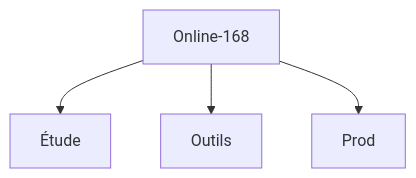
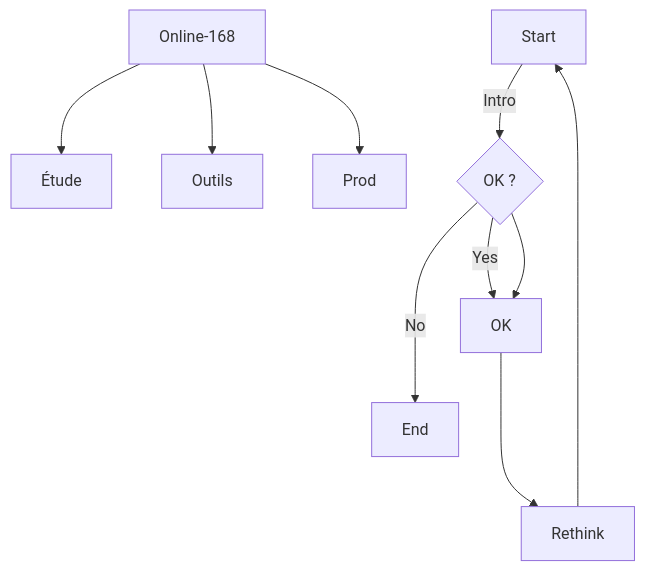
One commit to slambert-dev/online-168 changed the diagram in README.md. Above: the diagram before and after it, drawn with Mermaid. The commit also changed other lines of this file, not shown here.

Commit message:
Add Flochart (Mermaid)

````diff
--- a/README.md
+++ b/README.md
@@ -5,6 +5,14 @@
 ```mermaid
-graph TD;
+flowchart TD
 Online-168-->Étude
 Online-168-->Outils
 Online-168-->Prod
+
+A[Start] -->|Intro| B{OK ?}
+direction LR
+B --->|No| E[End]
+B -->|Yes| C[OK]
+C ---> D[Rethink]
+D --> A
+B-->C
 ```
````
